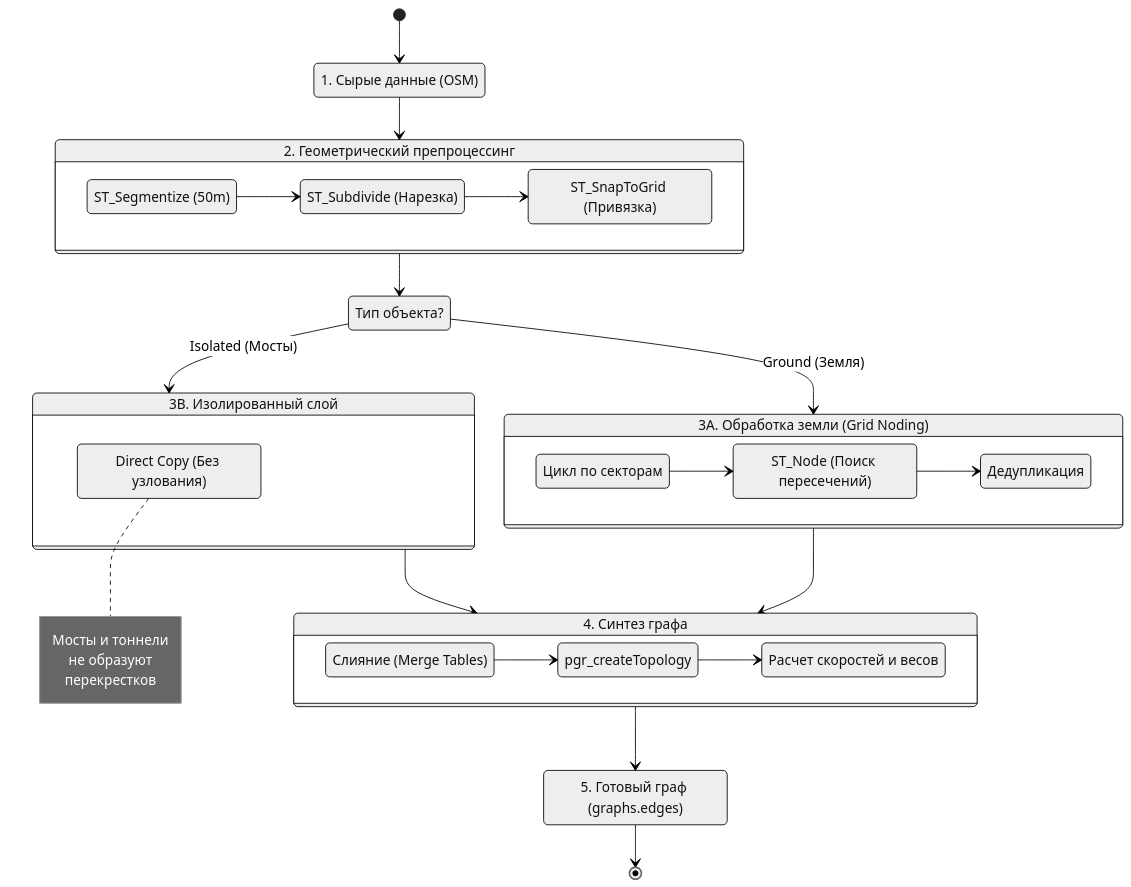
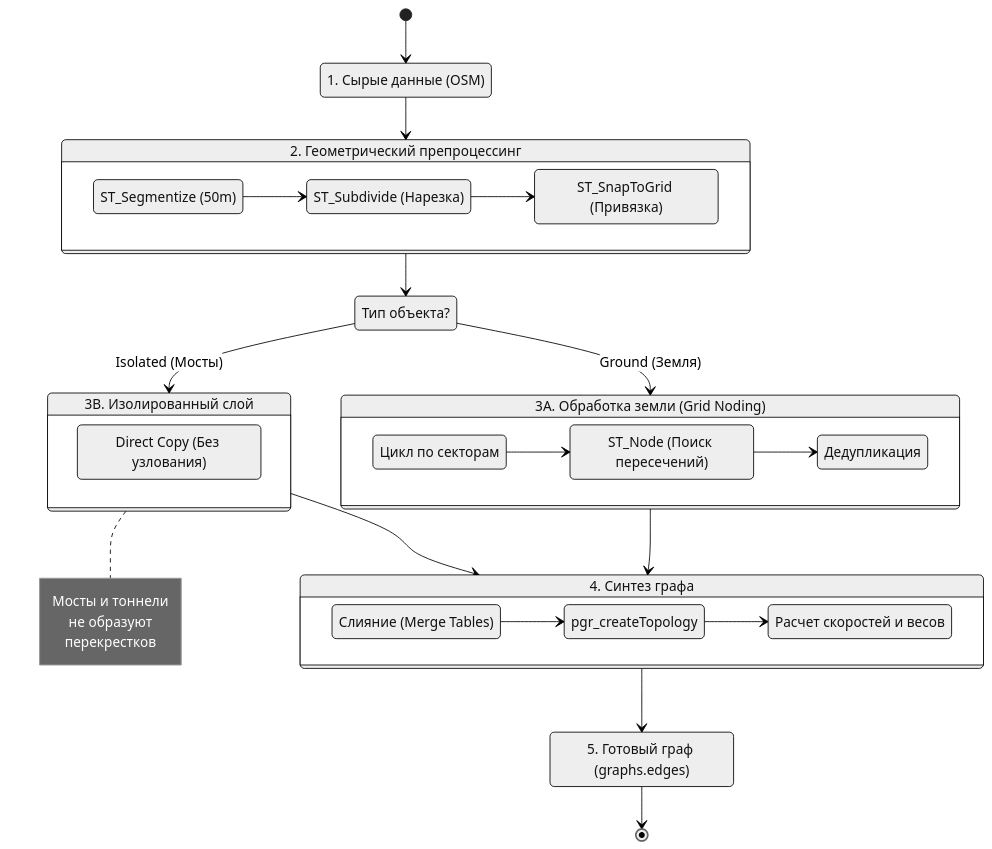
One commit to L1CH7/magistracy-diplom-iu12-docs changed the diagram in assets/diagrams/03-build-flow.mmd. Above: the diagram before and after it, drawn with Mermaid (neutral theme). The commit also changed 15 other files, not shown here.

```diff
--- a/assets/diagrams/03-build-flow.mmd
+++ b/assets/diagrams/03-build-flow.mmd
@@ -1,68 +1,69 @@
 stateDiagram-v2
     direction TB
 
     %% Начальное состояние
     state "1. Сырые данные (OSM)" as Raw
     [*] --> Raw
 
     %% Блок Препроцессинга (Вставка в edge_candidates)
     state "2. Геометрический препроцессинг" as Prep {
         direction LR
         Segmentize: ST_Segmentize (50m)
         Subdivide: ST_Subdivide (Нарезка)
         Snap: ST_SnapToGrid (Привязка)
         
         Segmentize --> Subdivide
         Subdivide --> Snap
     }
 
     Raw --> Prep
 
     %% Развилка логики (Layer Logic)
     state "Тип объекта?" as LayerCheck
 
     Prep --> LayerCheck
 
     %% Ветка Земли (Сложная обработка)
     state "3A. Обработка земли (Grid Noding)" as Ground {
         direction LR
         GridLoop: Цикл по секторам
         Node: ST_Node (Поиск пересечений)
         dedup: Дедупликация
         
         GridLoop --> Node
         Node --> dedup
     }
 
     %% Ветка Мостов (Простая обработка)
     state "3B. Изолированный слой" as Bridge {
         Copy: Direct Copy (Без узлования)
-        note right of Copy
-            Мосты и тоннели
-            не образуют
-            перекрестков
-        end note
     }
+    
+    note right of Bridge
+        Мосты и тоннели
+        не образуют
+        перекрестков
+    end note
 
     %% Маршрутизация потоков
     LayerCheck --> Ground: Ground (Земля)
     LayerCheck --> Bridge: Isolated (Мосты)
 
     %% Финальная сборка
     state "4. Синтез графа" as Final {
         direction LR
         Merge: Слияние (Merge Tables)
         Topo: pgr_createTopology
         Physics: Расчет скоростей и весов
         
         Merge --> Topo
         Topo --> Physics
     }
 
     Ground --> Final
     Bridge --> Final
 
     %% Результат
     state "5. Готовый граф (graphs.edges)" as Result
     Final --> Result
     Result --> [*]
```
